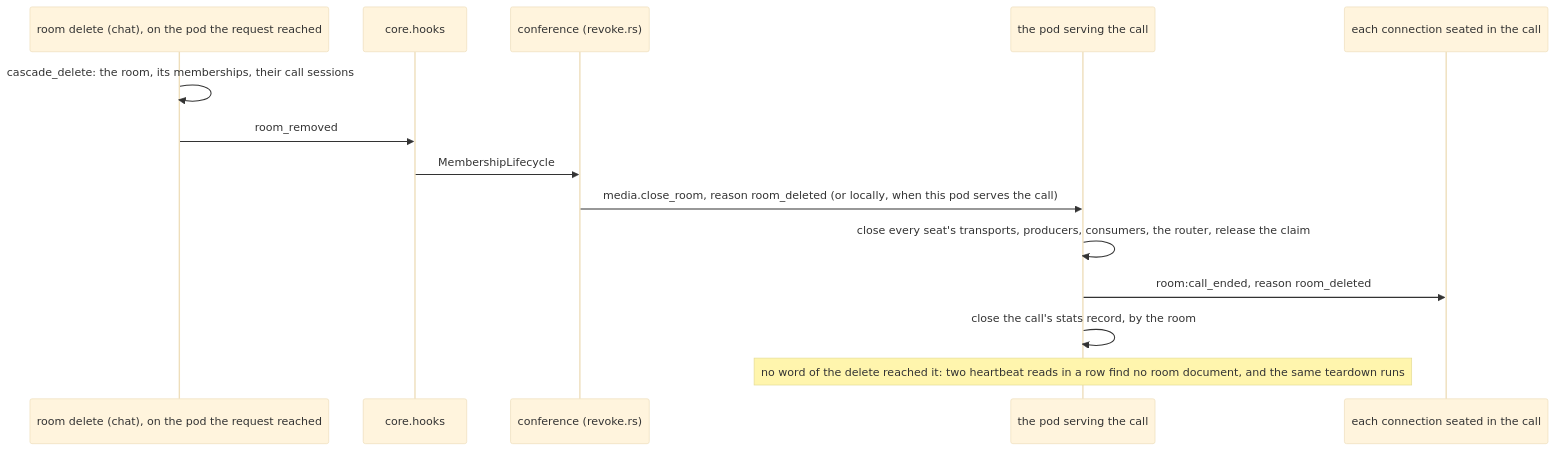
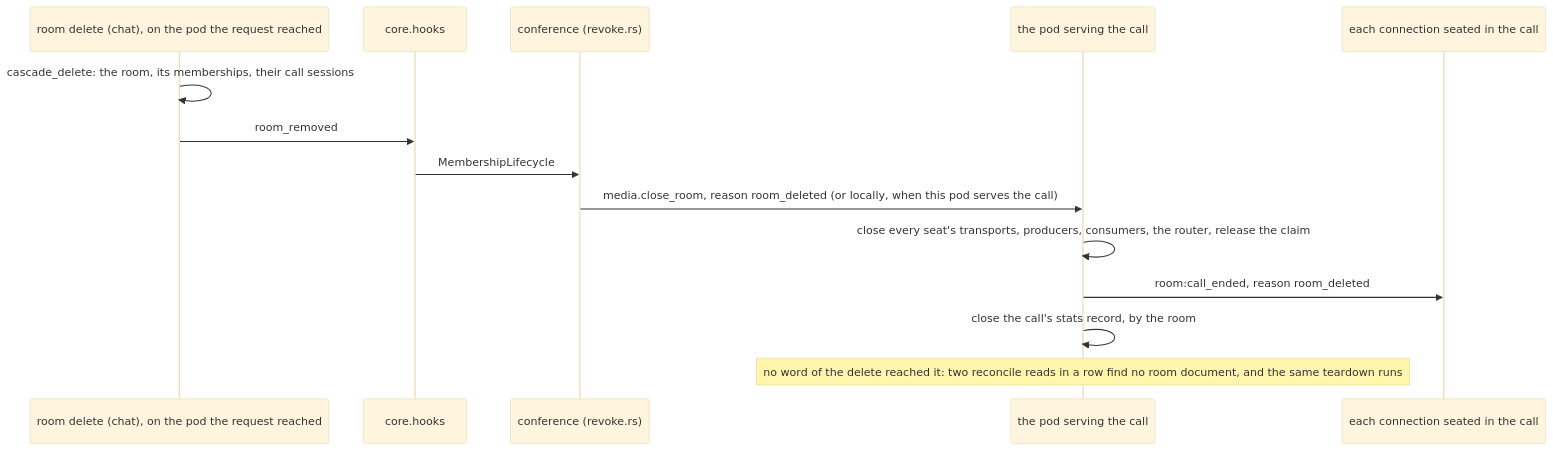
The fifth of 11 diagrams in docs/real-time.md (gjovanov/roomler-ai), drawn with Mermaid (base theme) before and after one commit. The commit also changed other lines of this file and 7 other files, not shown here.

First line of the commit message:
docs(conference): a room delete waits a bounded time, and the reconcile is a loop of its own

````diff
--- a/docs/real-time.md
+++ b/docs/real-time.md
@@ -334,16 +334,16 @@
 ```mermaid
 sequenceDiagram
     participant D as room delete (chat), on the pod the request reached
     participant H as core.hooks
     participant C as conference (revoke.rs)
     participant O as the pod serving the call
     participant P as each connection seated in the call
     D->>D: cascade_delete: the room, its memberships, their call sessions
     D->>H: room_removed
     H->>C: MembershipLifecycle
     C->>O: media.close_room, reason room_deleted (or locally, when this pod serves the call)
     O->>O: close every seat's transports, producers, consumers, the router, release the claim
     O->>P: room:call_ended, reason room_deleted
     O->>O: close the call's stats record, by the room
-    Note over O: no word of the delete reached it: two heartbeat reads in a row find no room document, and the same teardown runs
+    Note over O: no word of the delete reached it: two reconcile reads in a row find no room document, and the same teardown runs
 ```
````
